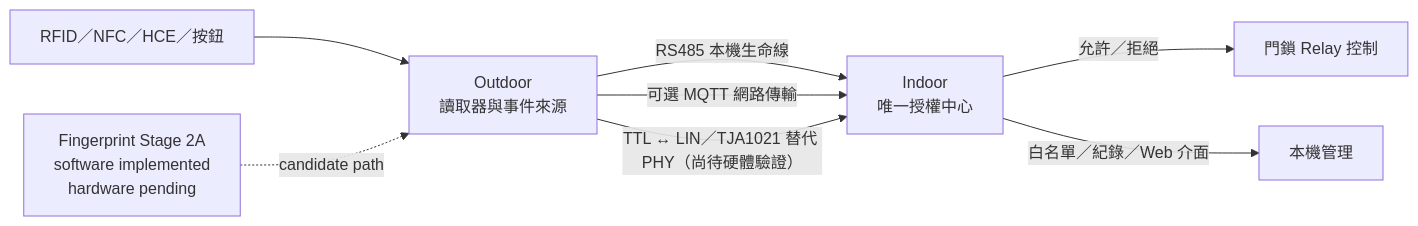
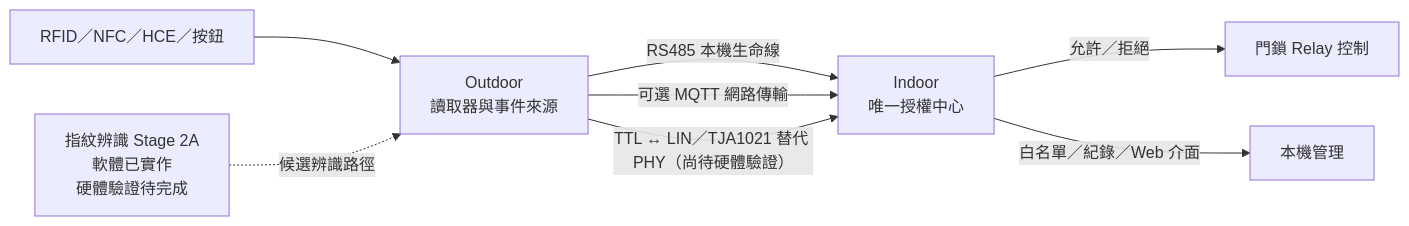
One commit to masini1491/access-control-system-showcase changed the diagram in README.md. Above: the diagram before and after it, drawn with Mermaid. The commit also changed other lines of this file and 1 other file, not shown here.

Commit message:
Localize high-level architecture wording

````diff
--- a/README.md
+++ b/README.md
@@ -9,10 +9,10 @@
 ```mermaid
 flowchart LR
     RFID[RFID／NFC／HCE／按鈕] --> Outdoor[Outdoor<br/>讀取器與事件來源]
-    Fingerprint[Fingerprint Stage 2A<br/>software implemented<br/>hardware pending] -. candidate path .-> Outdoor
+    Fingerprint[指紋辨識 Stage 2A<br/>軟體已實作<br/>硬體驗證待完成] -. 候選辨識路徑 .-> Outdoor
     Outdoor -->|RS485 本機生命線| Indoor[Indoor<br/>唯一授權中心]
     Outdoor -->|可選 MQTT 網路傳輸| Indoor
     Outdoor -->|TTL ↔ LIN／TJA1021 替代 PHY（尚待硬體驗證）| Indoor
     Indoor -->|允許／拒絕| Relay[門鎖 Relay 控制]
     Indoor -->|白名單／紀錄／Web 介面| Admin[本機管理]
 ```
````
